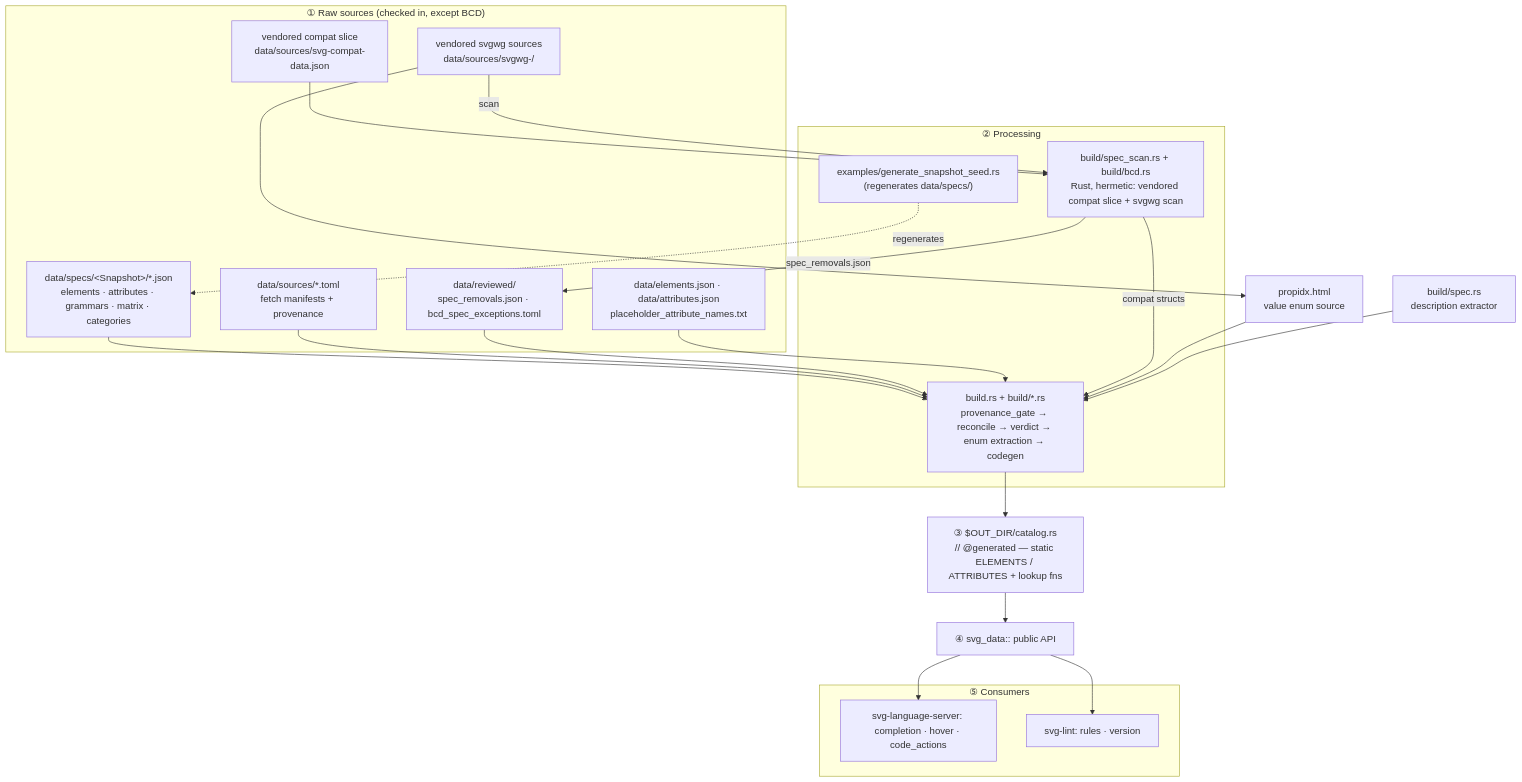
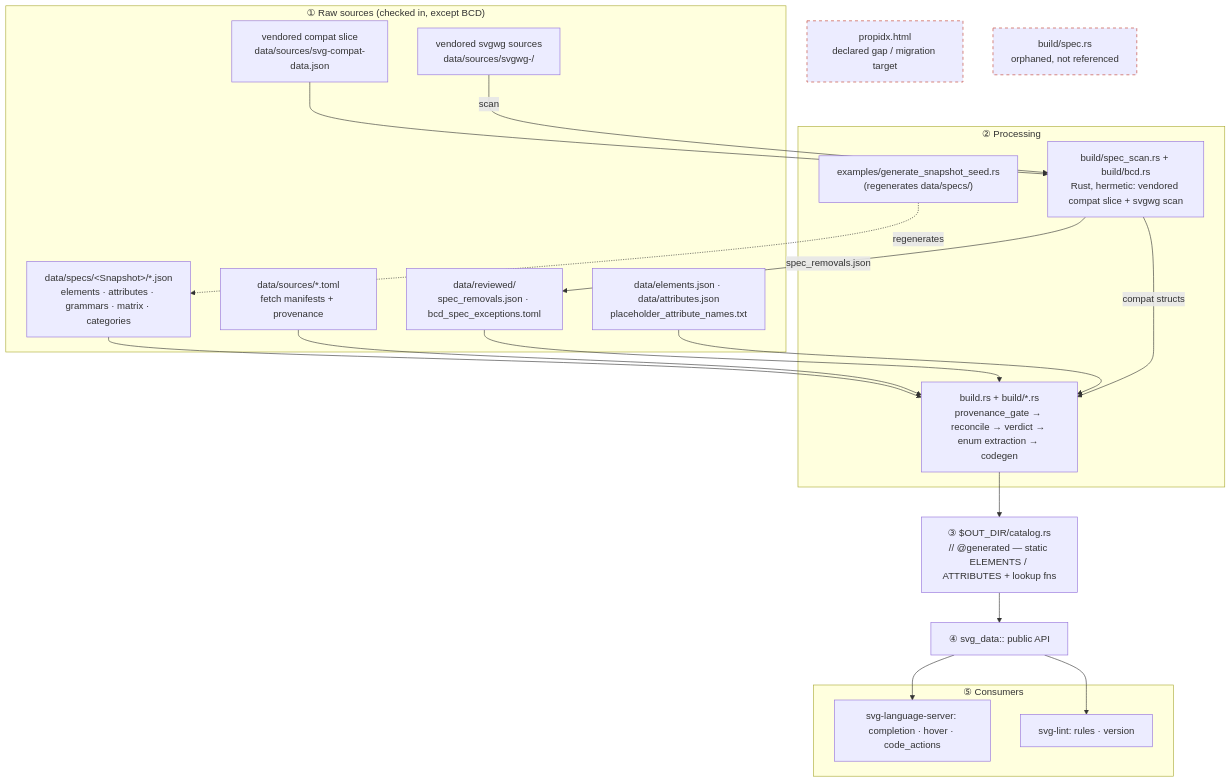
Before and after one commit to kjanat/svg: the diagram in PIPELINE.md, drawn with Mermaid. The commit also changed 21 other files, not shown here.

````diff
--- a/PIPELINE.md
+++ b/PIPELINE.md
@@ -19,43 +19,42 @@
 ```mermaid
 flowchart TD
     subgraph sources["① Raw sources (checked in, except BCD)"]
         specs["data/specs/&lt;Snapshot&gt;/*.json<br/>elements · attributes · grammars · matrix · categories"]
         manifests["data/sources/*.toml<br/>fetch manifests + provenance"]
         reviewed["data/reviewed/<br/>spec_removals.json · bcd_spec_exceptions.toml"]
         curated["data/elements.json · data/attributes.json<br/>placeholder_attribute_names.txt"]
         bcd_up["vendored compat slice<br/>data/sources/svg-compat-data.json"]
         svgwg["vendored svgwg sources<br/>data/sources/svgwg-<sha>/"]
     end
 
     subgraph proc["② Processing"]
         worker["build/spec_scan.rs + build/bcd.rs<br/>Rust, hermetic: vendored compat slice + svgwg scan"]
         seed["examples/generate_snapshot_seed.rs<br/>(regenerates data/specs/)"]
         build["build.rs + build/*.rs<br/>provenance_gate → reconcile → verdict → enum extraction → codegen"]
     end
 
     catalog["③ $OUT_DIR/catalog.rs<br/>// @generated — static ELEMENTS / ATTRIBUTES + lookup fns"]
     api["④ svg_data:: public API"]
 
     subgraph consumers["⑤ Consumers"]
         comp["svg-language-server: completion · hover · code_actions"]
         lint["svg-lint: rules · version"]
     end
 
     specs --> build
     manifests --> build
     reviewed --> build
     curated --> build
     bcd_up --> worker
     svgwg -->|scan| worker
     worker -->|spec_removals.json| reviewed
     worker -->|compat structs| build
     seed -.regenerates.-> specs
     build --> catalog --> api --> comp & lint
 
-    propidx["propidx.html<br/>value enum source"]
-    spec_rs["build/spec.rs<br/>description extractor"]
-    svgwg --> propidx --> build
-    spec_rs --> build
+    propidx["propidx.html<br/>declared gap / migration target"]
+    spec_rs["build/spec.rs<br/>orphaned, not referenced"]
+    class propidx,spec_rs gap;
 
     classDef gap stroke-dasharray: 5 5,stroke:#c0392b;
 ```
````
